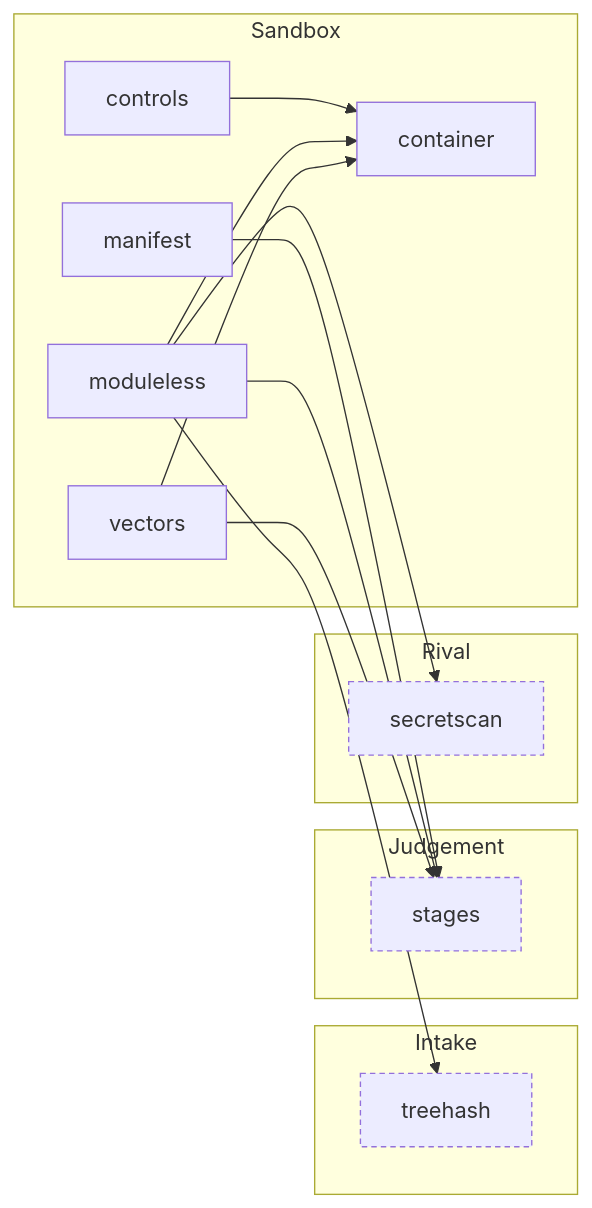
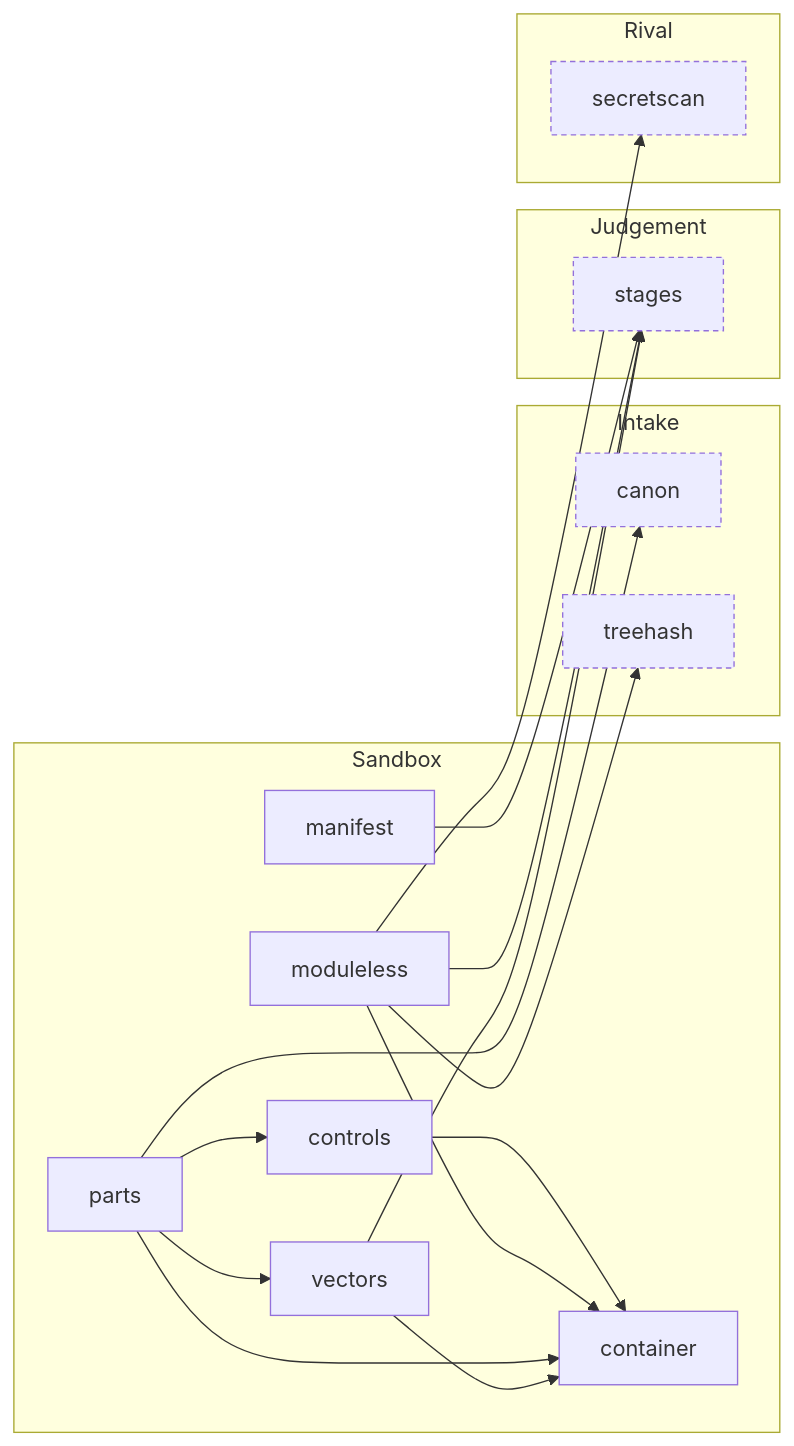
Before and after one commit to Okan-wqm/snowball-mcp: the fifth of 8 diagrams in docs/harita.md, drawn with Mermaid. The commit also changed other lines of this file and 12 other files, not shown here.

````diff
--- a/docs/harita.md
+++ b/docs/harita.md
@@ -203,28 +206,34 @@
 ```mermaid
 flowchart LR
   subgraph a_Sandbox["Sandbox"]
     m_container["container"]
     m_controls["controls"]
     m_manifest["manifest"]
     m_moduleless["moduleless"]
+    m_parts["parts"]
     m_vectors["vectors"]
   end
   subgraph a_Intake["Intake"]
+    m_canon["canon"]:::outside
     m_treehash["treehash"]:::outside
   end
   subgraph a_Judgement["Judgement"]
     m_stages["stages"]:::outside
   end
   subgraph a_Rival["Rival"]
     m_secretscan["secretscan"]:::outside
   end
   m_controls --> m_container
   m_manifest --> m_stages
   m_moduleless --> m_container
   m_moduleless --> m_secretscan
   m_moduleless --> m_stages
   m_moduleless --> m_treehash
+  m_parts --> m_canon
+  m_parts --> m_container
+  m_parts --> m_controls
+  m_parts --> m_vectors
   m_vectors --> m_container
   m_vectors --> m_stages
   classDef outside stroke-dasharray: 4 3
 ```
````
